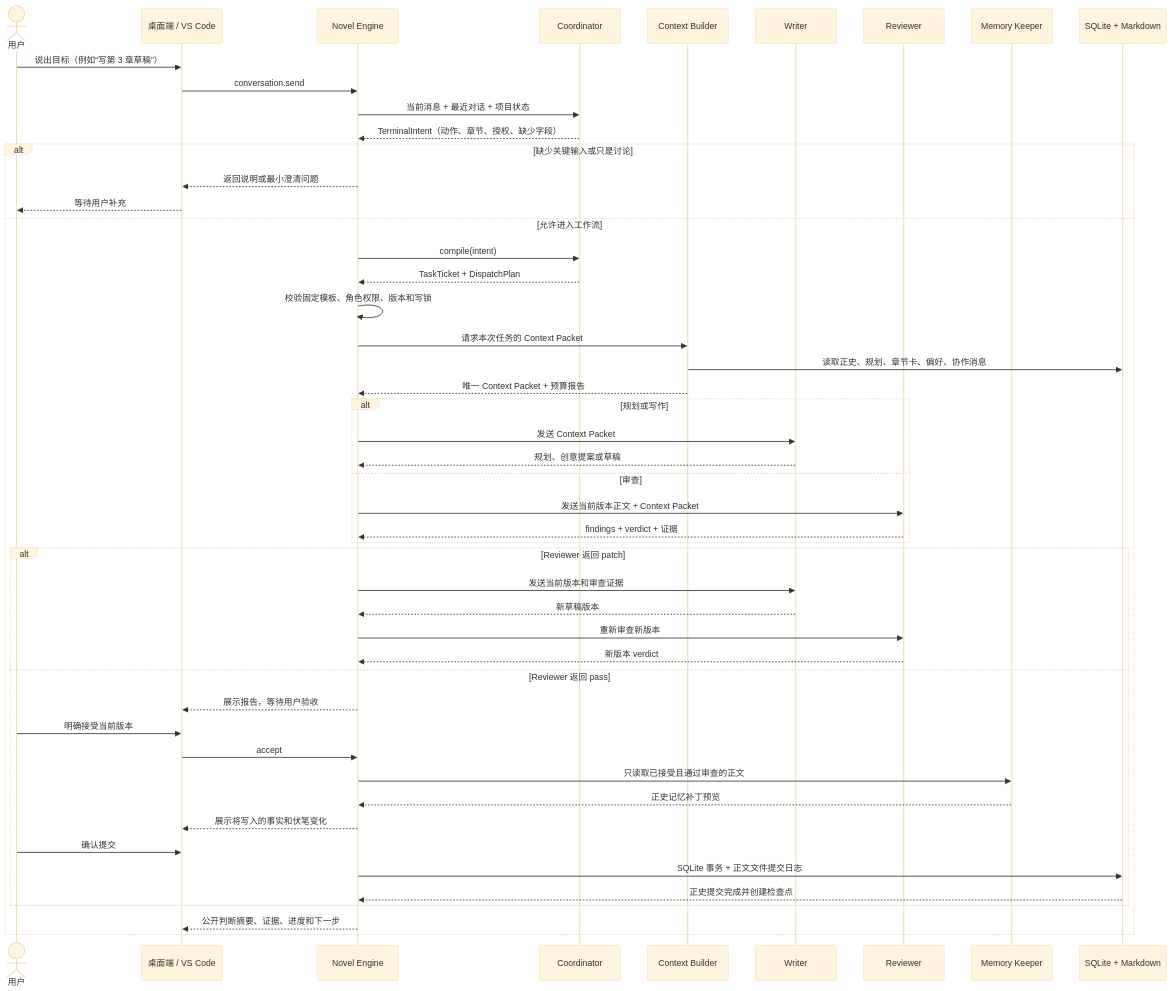
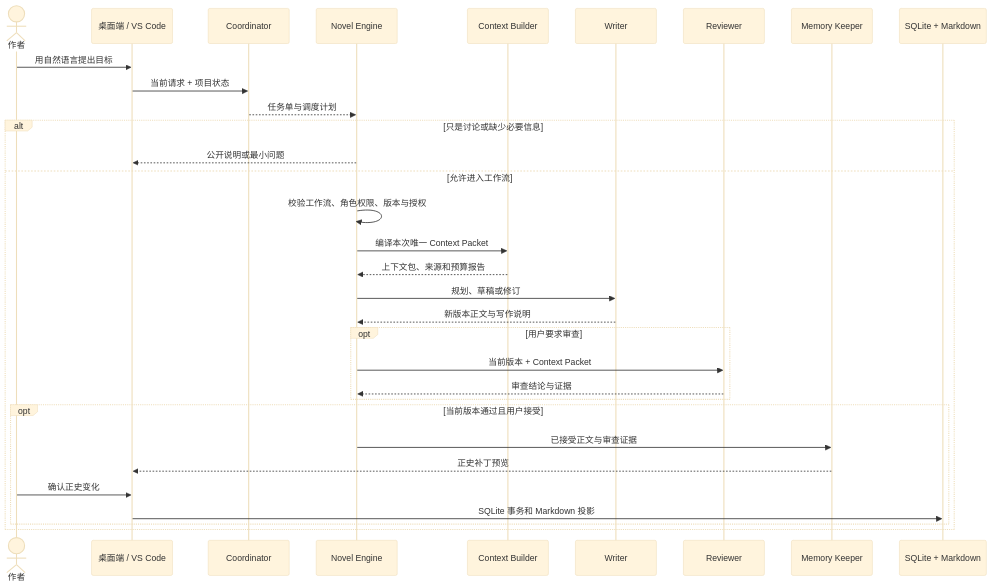
Before and after one commit to littlewinter320/inkflow: the second of 2 diagrams in README.md, drawn with Mermaid (base theme). The commit also changed other lines of this file and 27 other files, not shown here.

````diff
--- a/README.md
+++ b/README.md
@@ -241,55 +202,38 @@
 ```mermaid
 sequenceDiagram
-    actor User as 用户
+    actor User as 作者
     participant UI as 桌面端 / VS Code
+    participant Co as Coordinator
     participant Engine as Novel Engine
-    participant Co as Coordinator
     participant Ctx as Context Builder
     participant Writer as Writer
     participant Reviewer as Reviewer
     participant Memory as Memory Keeper
     participant Store as SQLite + Markdown
 
-    User->>UI: 说出目标（例如“写第 3 章草稿”）
-    UI->>Engine: conversation.send
-    Engine->>Co: 当前消息 + 最近对话 + 项目状态
-    Co-->>Engine: TerminalIntent（动作、章节、授权、缺少字段）
+    User->>UI: 用自然语言提出目标
+    UI->>Co: 当前请求 + 项目状态
+    Co-->>Engine: 任务单与调度计划
 
-    alt 缺少关键输入或只是讨论
-        Engine-->>UI: 返回说明或最小澄清问题
-        UI-->>User: 等待用户补充
+    alt 只是讨论或缺少必要信息
+        Engine-->>UI: 公开说明或最小问题
     else 允许进入工作流
-        Engine->>Co: compile(intent)
-        Co-->>Engine: TaskTicket + DispatchPlan
-        Engine->>Engine: 校验固定模板、角色权限、版本和写锁
-        Engine->>Ctx: 请求本次任务的 Context Packet
-        Ctx->>Store: 读取正史、规划、章节卡、偏好、协作消息
-        Ctx-->>Engine: 唯一 Context Packet + 预算报告
+        Engine->>Engine: 校验工作流、角色权限、版本与授权
+        Engine->>Ctx: 编译本次唯一 Context Packet
+        Ctx-->>Engine: 上下文包、来源和预算报告
+        Engine->>Writer: 规划、草稿或修订
+        Writer-->>Engine: 新版本正文与写作说明
 
-        alt 规划或写作
-            Engine->>Writer: 发送 Context Packet
-            Writer-->>Engine: 规划、创意提案或草稿
-        else 审查
-            Engine->>Reviewer: 发送当前版本正文 + Context Packet
-            Reviewer-->>Engine: findings + verdict + 证据
+        opt 用户要求审查
+            Engine->>Reviewer: 当前版本 + Context Packet
+            Reviewer-->>Engine: 审查结论与证据
         end
 
-        alt Reviewer 返回 patch
-            Engine->>Writer: 发送当前版本和审查证据
-            Writer-->>Engine: 新草稿版本
-            Engine->>Reviewer: 重新审查新版本
-            Reviewer-->>Engine: 新版本 verdict
-        else Reviewer 返回 pass
-            Engine-->>UI: 展示报告，等待用户验收
-            User->>UI: 明确接受当前版本
-            UI->>Engine: accept
-            Engine->>Memory: 只读取已接受且通过审查的正文
-            Memory-->>Engine: 正史记忆补丁预览
-            Engine-->>UI: 展示将写入的事实和伏笔变化
-            User->>UI: 确认提交
-            Engine->>Store: SQLite 事务 + 正文文件提交日志
-            Store-->>Engine: 正史提交完成并创建检查点
+        opt 当前版本通过且用户接受
+            Engine->>Memory: 已接受正文与审查证据
+            Memory-->>UI: 正史补丁预览
+            User->>UI: 确认正史变化
+            UI->>Store: SQLite 事务和 Markdown 投影
         end
-        Engine-->>UI: 公开判断摘要、证据、进度和下一步
     end
 ```
````
